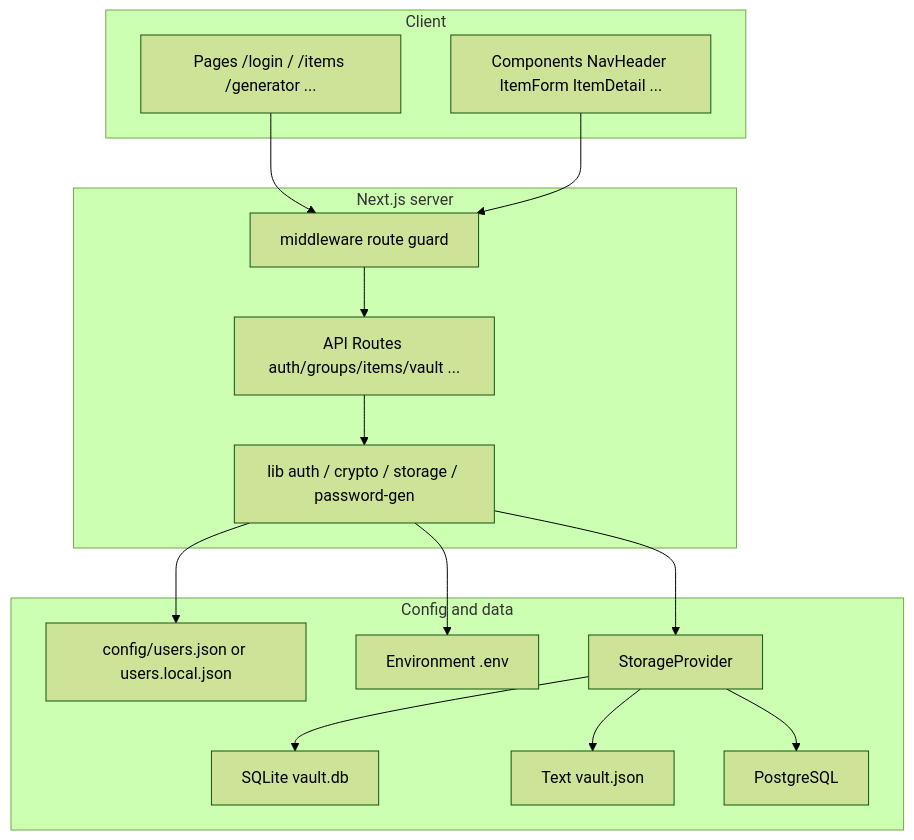
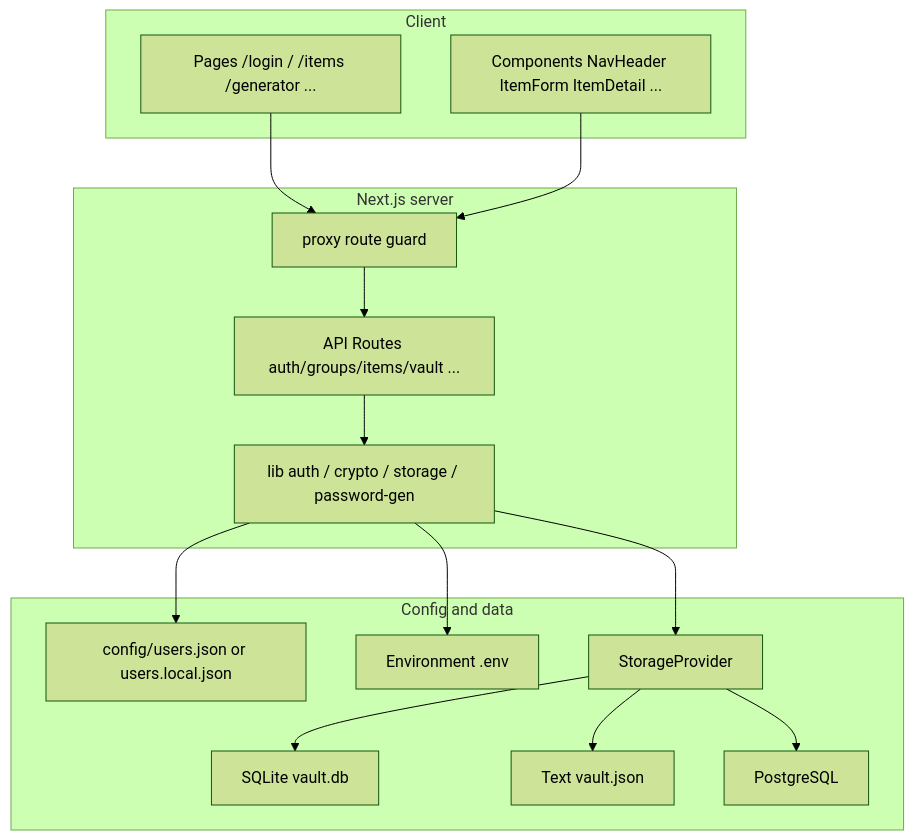
One commit to dinghongfei/LockPass changed the first of 5 diagrams in WIKI.md. Above: the diagram before and after it, drawn with Mermaid (forest theme). The commit also changed other lines of this file and 2 other files, not shown here.

Commit message:
Rename middleware to proxy for Next.js 16 file convention.

````diff
--- a/WIKI.md
+++ b/WIKI.md
@@ -44,33 +44,33 @@
 ```mermaid
 flowchart TB
     subgraph client [Client]
         Pages["Pages /login / /items /generator ..."]
         Components["Components NavHeader ItemForm ItemDetail ..."]
     end
 
     subgraph nextjs [Next.js server]
-        MW["middleware route guard"]
+        MW["proxy route guard"]
         API["API Routes auth/groups/items/vault ..."]
         Lib["lib auth / crypto / storage / password-gen"]
     end
 
     subgraph data [Config and data]
         Users["config/users.json or users.local.json"]
         Env["Environment .env"]
         Store["StorageProvider"]
         B1["SQLite vault.db"]
         B2["Text vault.json"]
         B3["PostgreSQL"]
     end
 
     Pages --> MW
     Components --> MW
     MW --> API
     API --> Lib
     Lib --> Users
     Lib --> Env
     Lib --> Store
     Store --> B1
     Store --> B2
     Store --> B3
 ```
````
